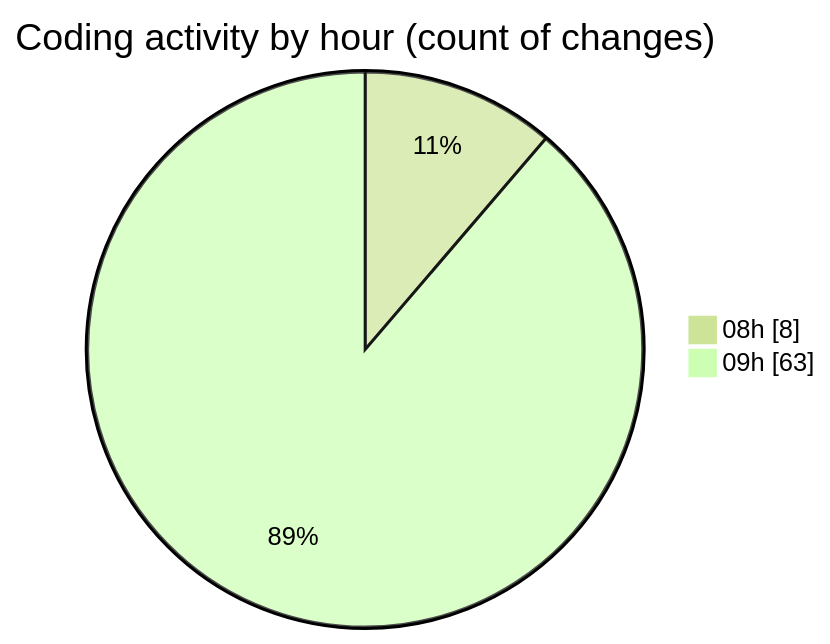
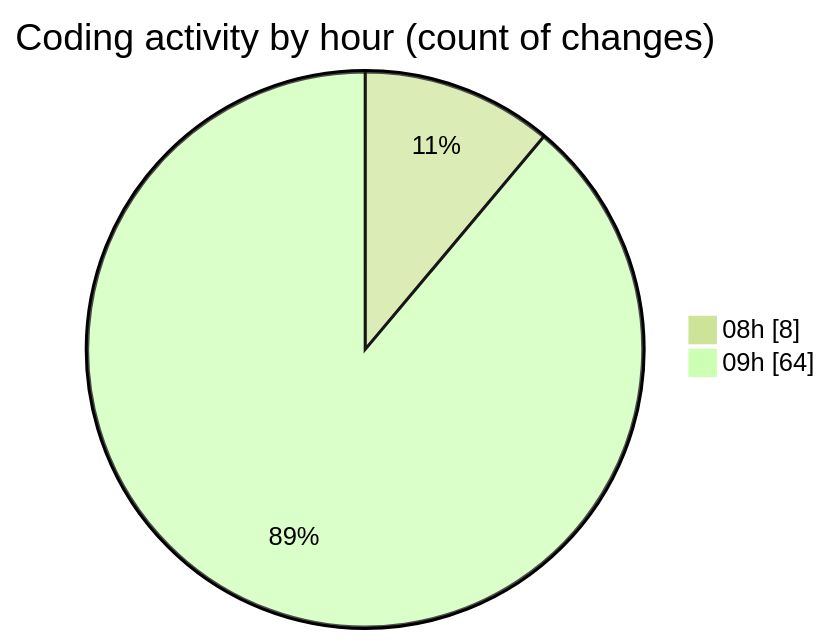
One commit to robertbonfada/code-tracking changed the second of 2 diagrams in 2025-03-17/lumine-web/README.md. Above: the diagram before and after it, drawn with Mermaid (forest theme). The commit also changed other lines of this file and 1 other file, not shown here.

````diff
--- a/2025-03-17/lumine-web/README.md
+++ b/2025-03-17/lumine-web/README.md
@@ -52,6 +52,6 @@
 ```mermaid
 pie showData
 title Coding activity by hour (count of changes)
 "08h" : 8
-"09h" : 63
+"09h" : 64
 ```
````
